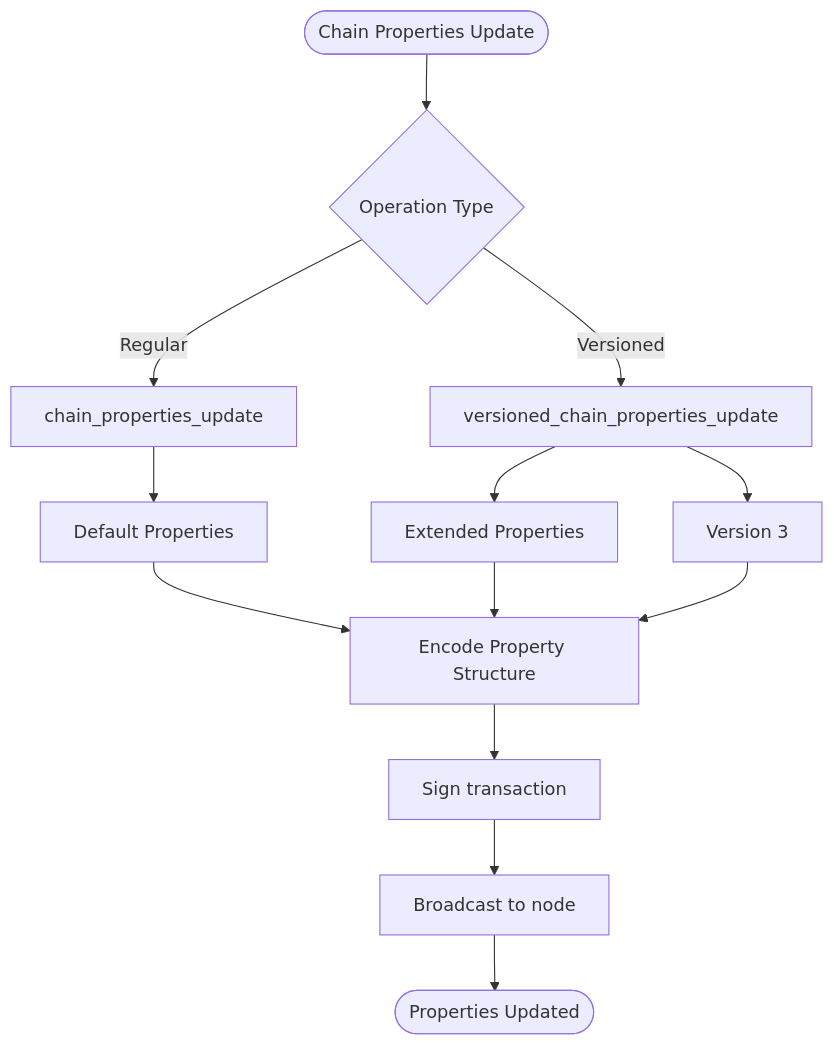
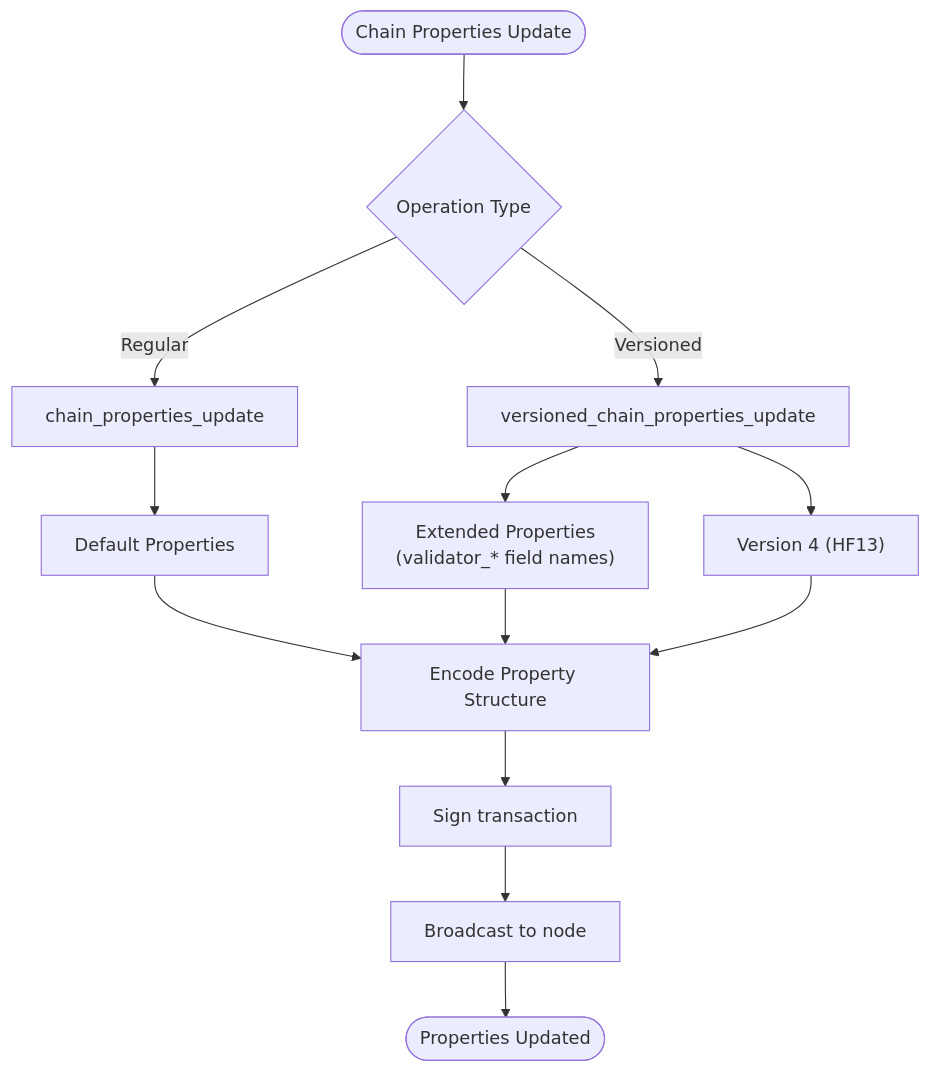
The fifth of 9 diagrams in .qoder/repowiki/en/content/Transaction Management/Operation Types/Governance Operations.md (VIZ-Blockchain/viz-php-lib), drawn with Mermaid before and after one commit. The commit also changed other lines of this file and 8 other files, not shown here.

````diff
--- a/.qoder/repowiki/en/content/Transaction Management/Operation Types/Governance Operations.md
+++ b/.qoder/repowiki/en/content/Transaction Management/Operation Types/Governance Operations.md
@@ -171,15 +175,15 @@
 ```mermaid
 flowchart TD
 Start(["Chain Properties Update"]) --> Type{"Operation Type"}
 Type --> |Regular| Regular["chain_properties_update"]
 Type --> |Versioned| Versioned["versioned_chain_properties_update"]
 Regular --> Props["Default Properties"]
-Versioned --> Version["Version 3"]
-Versioned --> ExtendedProps["Extended Properties"]
+Versioned --> Version["Version 4 (HF13)"]
+Versioned --> ExtendedProps["Extended Properties\n(validator_* field names)"]
 Props --> Encode["Encode Property Structure"]
 ExtendedProps --> Encode
 Version --> Encode
 Encode --> Sign["Sign transaction"]
 Sign --> Broadcast["Broadcast to node"]
 Broadcast --> End(["Properties Updated"])
 ```
````
